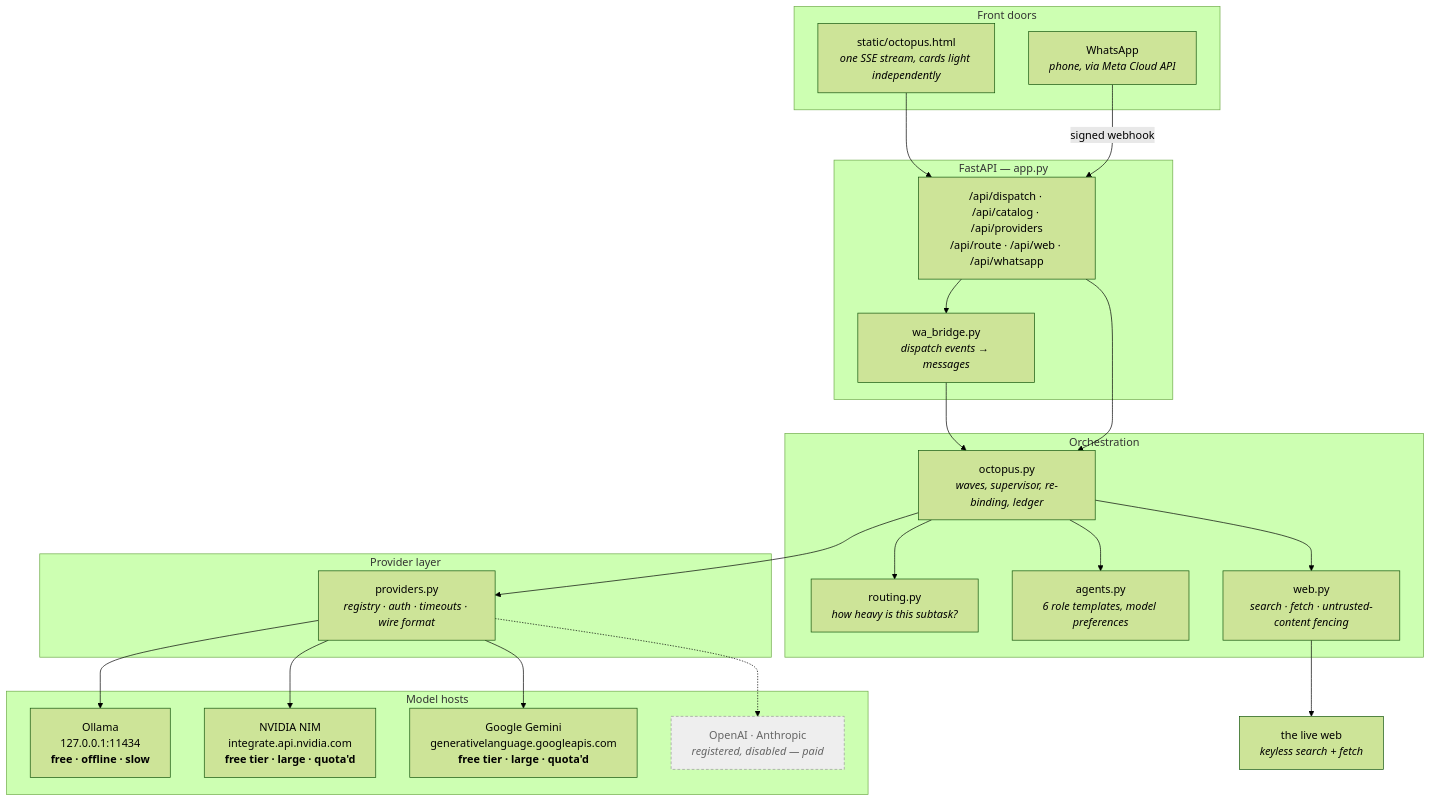
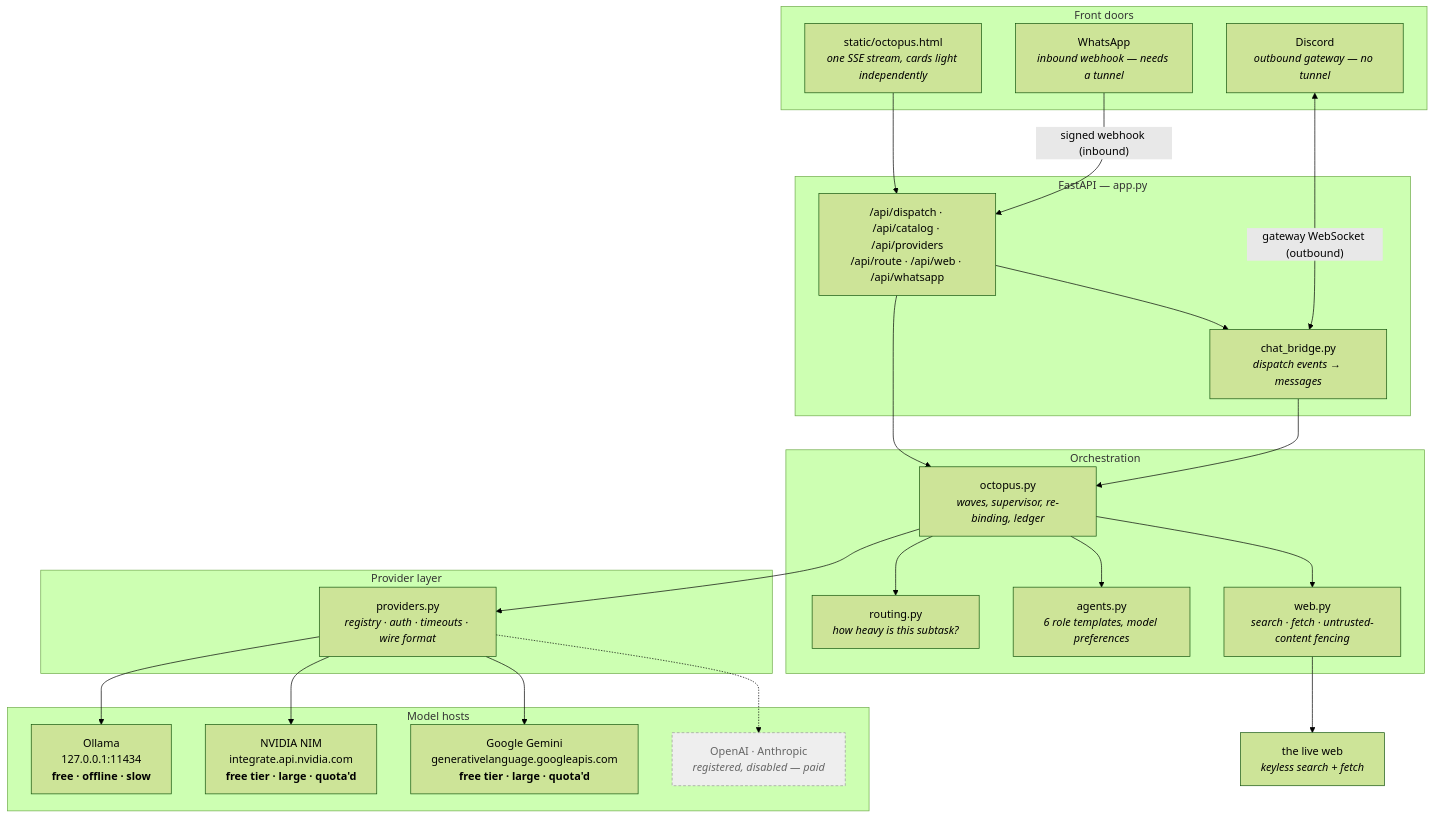
Before and after one commit to Bablu-singh/octopus-nim: the first of 6 diagrams in docs/ARCHITECTURE.md, drawn with Mermaid (forest theme). The commit also changed other lines of this file and 9 other files, not shown here.

````diff
--- a/docs/ARCHITECTURE.md
+++ b/docs/ARCHITECTURE.md
@@ -23,47 +23,48 @@
 ```mermaid
 flowchart TB
     subgraph clients["Front doors"]
         UI["static/octopus.html<br/><i>one SSE stream, cards light independently</i>"]
-        WA["WhatsApp<br/><i>phone, via Meta Cloud API</i>"]
+        DC["Discord<br/><i>outbound gateway — no tunnel</i>"]
+        WA["WhatsApp<br/><i>inbound webhook — needs a tunnel</i>"]
     end
 
     subgraph server["FastAPI — app.py"]
         API["/api/dispatch · /api/catalog · /api/providers<br>/api/route · /api/web · /api/whatsapp"]
-        BR["wa_bridge.py<br/><i>dispatch events → messages</i>"]
+        BR["chat_bridge.py<br/><i>dispatch events → messages</i>"]
     end
 
     subgraph brain["Orchestration"]
         OCT["octopus.py<br/><i>waves, supervisor, re-binding, ledger</i>"]
         ROUTE["routing.py<br/><i>how heavy is this subtask?</i>"]
         AG["agents.py<br/><i>6 role templates, model preferences</i>"]
         WEB["web.py<br/><i>search · fetch · untrusted-content fencing</i>"]
     end
 
     subgraph transport["Provider layer"]
         PROV["providers.py<br/><i>registry · auth · timeouts · wire format</i>"]
     end
 
     subgraph outside["Model hosts"]
         LOCAL["Ollama<br/>127.0.0.1:11434<br/><b>free · offline · slow</b>"]
         NIM["NVIDIA NIM<br/>integrate.api.nvidia.com<br/><b>free tier · large · quota'd</b>"]
         GEM["Google Gemini<br/>generativelanguage.googleapis.com<br/><b>free tier · large · quota'd</b>"]
         FUTURE["OpenAI · Anthropic<br/><i>registered, disabled — paid</i>"]
     end
 
-    UI --> API
-    WA -->|"signed webhook"| API
-    API --> BR --> OCT
-    API --> OCT
+    UI --> API --> OCT
+    WA -->|"signed webhook (inbound)"| API --> BR
+    DC <-->|"gateway WebSocket (outbound)"| BR
+    BR --> OCT
     OCT --> ROUTE
     OCT --> AG
     OCT --> WEB
     OCT --> PROV
     WEB --> INET["the live web<br/><i>keyless search + fetch</i>"]
     PROV --> LOCAL
     PROV --> NIM
     PROV --> GEM
     PROV -.-> FUTURE
 
     classDef off fill:#eee,stroke:#999,color:#666,stroke-dasharray:4 3
     class FUTURE off
 ```
````
